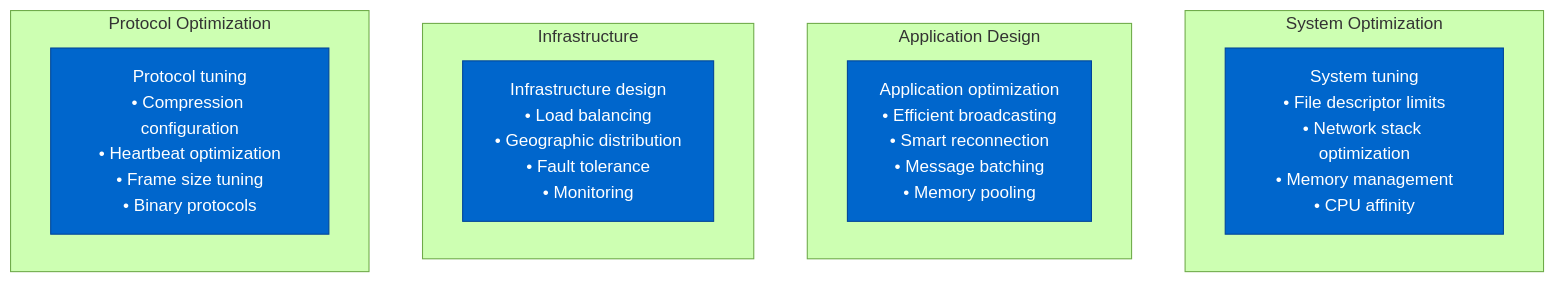
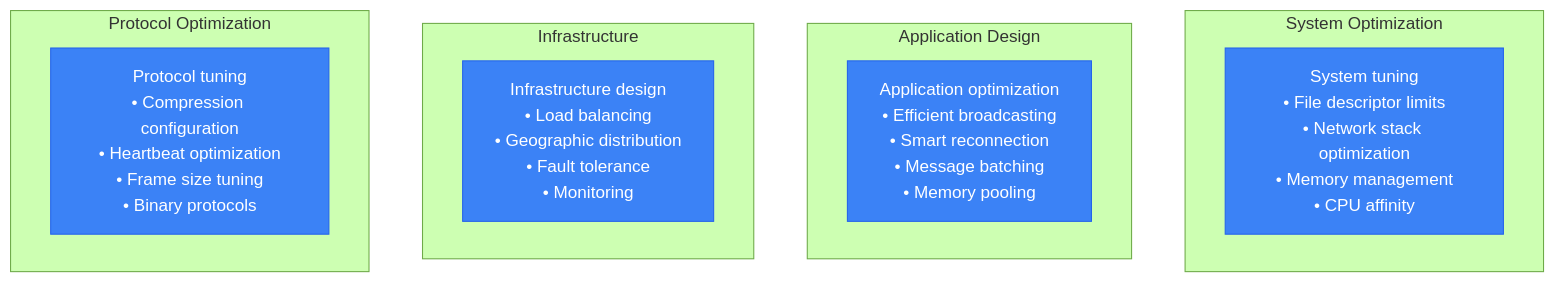
One commit to deepaucksharma/DS changed diagram 11 of 11 in site/docs/performance/websocket-performance-profile.md. Above: the diagram before and after it, drawn with Mermaid (forest theme). The commit also changed other lines of this file and 303 other files, not shown here.

````diff
--- a/site/docs/performance/websocket-performance-profile.md
+++ b/site/docs/performance/websocket-performance-profile.md
@@ -436,22 +436,22 @@
 ```mermaid
 graph TB
     subgraph "System Optimization"
         SYS_OPT[System tuning<br/>• File descriptor limits<br/>• Network stack optimization<br/>• Memory management<br/>• CPU affinity]
     end
 
     subgraph "Application Design"
         APP_OPT[Application optimization<br/>• Efficient broadcasting<br/>• Smart reconnection<br/>• Message batching<br/>• Memory pooling]
     end
 
     subgraph "Infrastructure"
         INFRA_OPT[Infrastructure design<br/>• Load balancing<br/>• Geographic distribution<br/>• Fault tolerance<br/>• Monitoring]
     end
 
     subgraph "Protocol Optimization"
         PROTO_OPT[Protocol tuning<br/>• Compression configuration<br/>• Heartbeat optimization<br/>• Frame size tuning<br/>• Binary protocols]
     end
 
-    classDef optStyle fill:#0066CC,stroke:#004499,color:#fff
+    classDef optStyle fill:#3B82F6,stroke:#2563EB,color:#fff
 
     class SYS_OPT,APP_OPT,INFRA_OPT,PROTO_OPT optStyle
 ```
````
